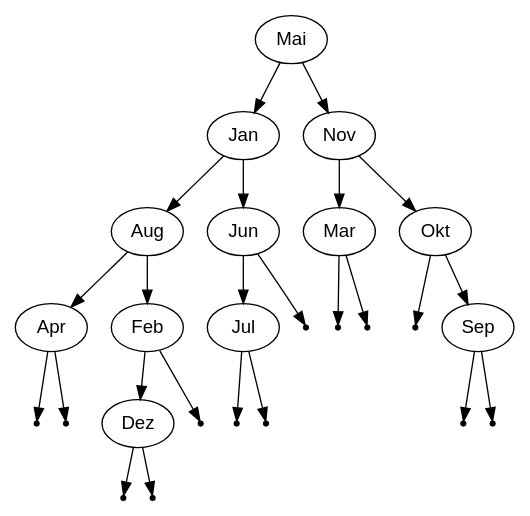
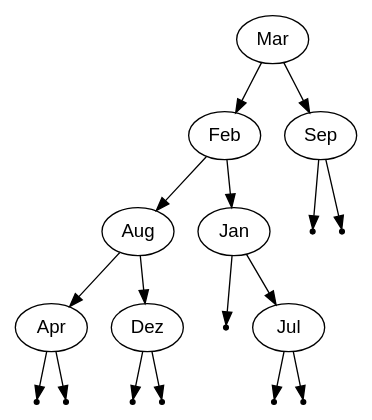
The diagram in 3ter Block/AVL/DotFiles/Jahreszeiten.dot (MaximilianHxrn/Berufsschule), drawn with Graphviz before and after one commit. The commit also changed 19 other files, not shown here.

```diff
--- a/3ter Block/AVL/DotFiles/Jahreszeiten.dot
+++ b/3ter Block/AVL/DotFiles/Jahreszeiten.dot
@@ -1,40 +1,28 @@
 digraph BST {
     node [fontname="Arial"];
-    "Mai"-> "Jan";
-    "Mai"-> "Nov";
-    "Jan"-> "Aug";
-    "Jan"-> "Jun";
+    "Mar"-> "Feb";
+    "Mar"-> "Sep";
+    "Feb"-> "Aug";
+    "Feb"-> "Jan";
     "Aug"-> "Apr";
-    "Aug"-> "Feb";
+    "Aug"-> "Dez";
     null0 [shape=point];
     "Apr"-> null0;
     null1 [shape=point];
     "Apr"-> null1;
-    "Feb"-> "Dez";
     null2 [shape=point];
-    "Feb"-> null2;
+    "Dez"-> null2;
     null3 [shape=point];
     "Dez"-> null3;
     null4 [shape=point];
-    "Dez"-> null4;
-    "Jun"-> "Jul";
+    "Jan"-> null4;
+    "Jan"-> "Jul";
     null5 [shape=point];
-    "Jun"-> null5;
+    "Jul"-> null5;
     null6 [shape=point];
     "Jul"-> null6;
     null7 [shape=point];
-    "Jul"-> null7;
-    "Nov"-> "Mar";
-    "Nov"-> "Okt";
+    "Sep"-> null7;
     null8 [shape=point];
-    "Mar"-> null8;
-    null9 [shape=point];
-    "Mar"-> null9;
-    null10 [shape=point];
-    "Okt"-> null10;
-    "Okt"-> "Sep";
-    null11 [shape=point];
-    "Sep"-> null11;
-    null12 [shape=point];
-    "Sep"-> null12;
+    "Sep"-> null8;
 }
```
